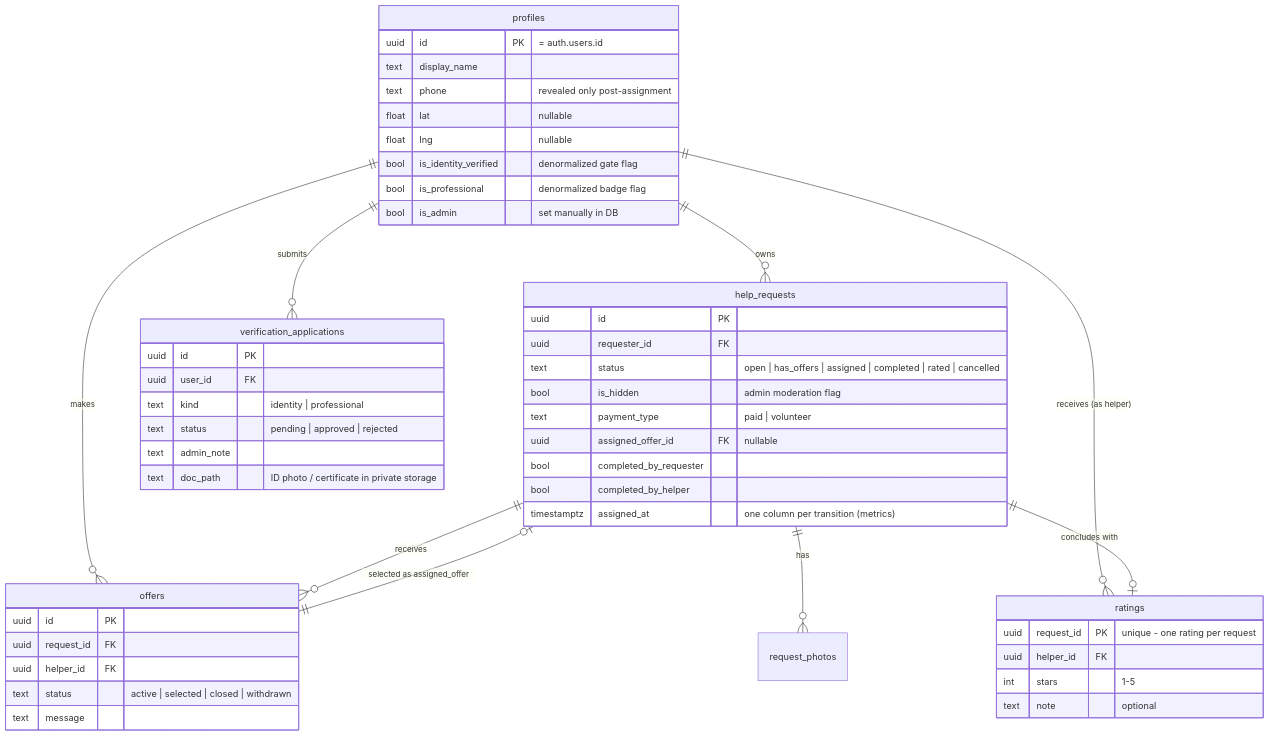
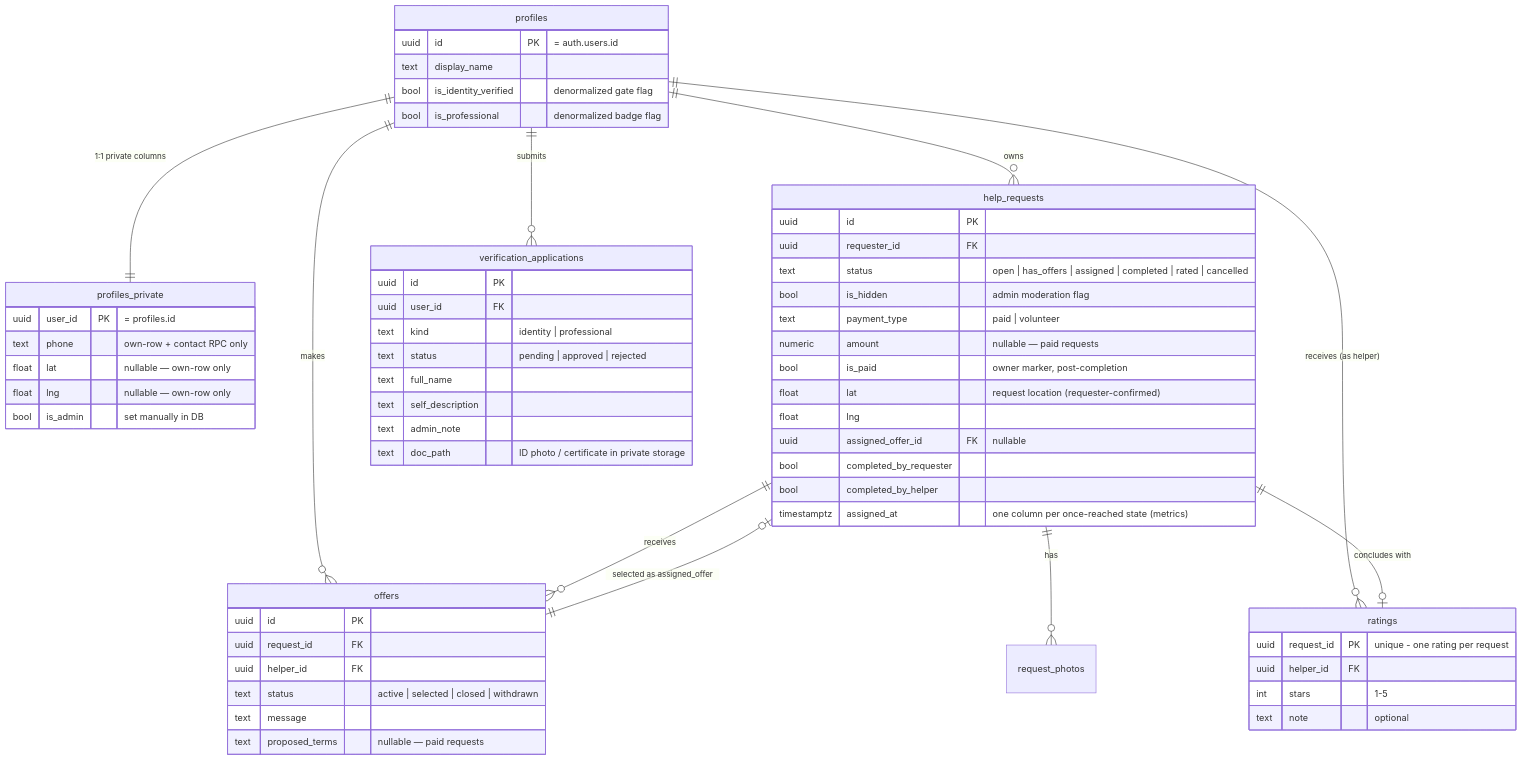
One commit to YuvGev00/ihelp changed the second of 4 diagrams in docs/02-architecture.md. Above: the diagram before and after it, drawn with Mermaid. The commit also changed other lines of this file, not shown here.

````diff
--- a/docs/02-architecture.md
+++ b/docs/02-architecture.md
@@ -100,54 +100,65 @@
 ```mermaid
 erDiagram
+    profiles ||--|| profiles_private : "1:1 private columns"
     profiles ||--o{ help_requests : "owns"
     profiles ||--o{ offers : "makes"
     profiles ||--o{ verification_applications : "submits"
     profiles ||--o{ ratings : "receives (as helper)"
     help_requests ||--o{ offers : "receives"
     help_requests ||--o{ request_photos : "has"
     help_requests ||--o| ratings : "concludes with"
     offers ||--o| help_requests : "selected as assigned_offer"
 
     profiles {
         uuid id PK "= auth.users.id"
         text display_name
-        text phone "revealed only post-assignment"
-        float lat "nullable"
-        float lng "nullable"
         bool is_identity_verified "denormalized gate flag"
         bool is_professional "denormalized badge flag"
+    }
+    profiles_private {
+        uuid user_id PK "= profiles.id"
+        text phone "own-row + contact RPC only"
+        float lat "nullable — own-row only"
+        float lng "nullable — own-row only"
         bool is_admin "set manually in DB"
     }
     verification_applications {
         uuid id PK
         uuid user_id FK
         text kind "identity | professional"
         text status "pending | approved | rejected"
+        text full_name
+        text self_description
         text admin_note
         text doc_path "ID photo / certificate in private storage"
     }
     help_requests {
         uuid id PK
         uuid requester_id FK
         text status "open | has_offers | assigned | completed | rated | cancelled"
         bool is_hidden "admin moderation flag"
         text payment_type "paid | volunteer"
+        numeric amount "nullable — paid requests"
+        bool is_paid "owner marker, post-completion"
+        float lat "request location (requester-confirmed)"
+        float lng
         uuid assigned_offer_id FK "nullable"
         bool completed_by_requester
         bool completed_by_helper
-        timestamptz assigned_at "one column per transition (metrics)"
+        timestamptz assigned_at "one column per once-reached state (metrics)"
     }
     offers {
         uuid id PK
         uuid request_id FK
         uuid helper_id FK
         text status "active | selected | closed | withdrawn"
         text message
+        text proposed_terms "nullable — paid requests"
     }
     ratings {
         uuid request_id PK "unique - one rating per request"
         uuid helper_id FK
         int stars "1-5"
         text note "optional"
     }
 ```
````
